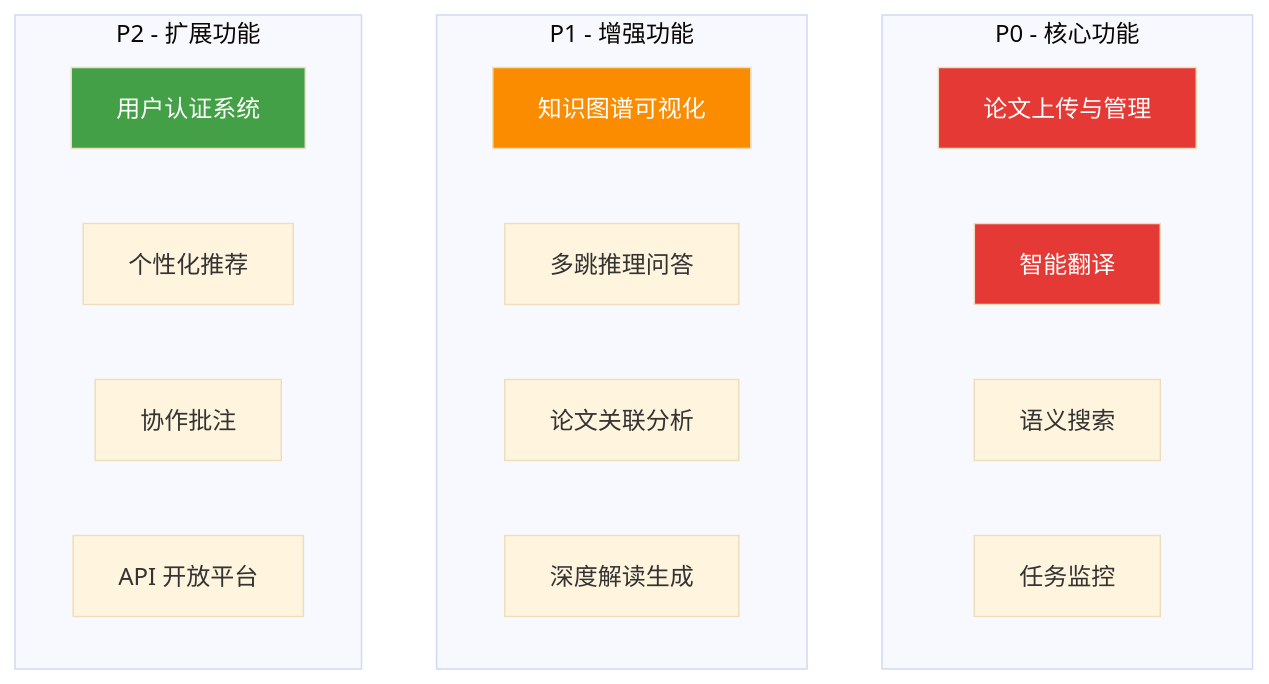
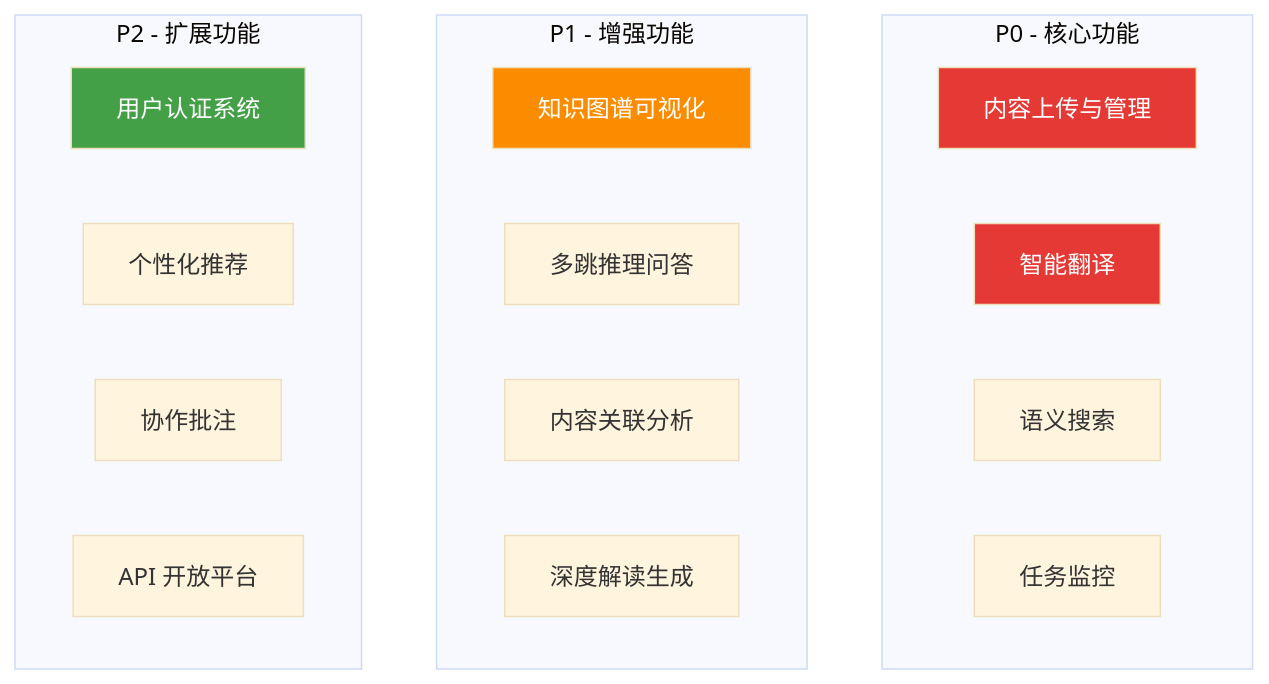
One commit to ThreeFish-AI/agentic-ai-cognizes changed the third of 14 diagrams in docs/000-prd-architecture.md. Above: the diagram before and after it, drawn with Mermaid (base theme). The commit also changed other lines of this file and 1 other file, not shown here.

First line of the commit message:
docs(Architecture): 统一文档路径引用，优化术语一致性;

````diff
--- a/docs/000-prd-architecture.md
+++ b/docs/000-prd-architecture.md
@@ -146,28 +146,28 @@
 ```mermaid
 graph TB
     subgraph "P0 - 核心功能"
-        A1[论文上传与管理]
+        A1[内容上传与管理]
         A2[智能翻译]
         A3[语义搜索]
         A4[任务监控]
     end
 
     subgraph "P1 - 增强功能"
         B1[知识图谱可视化]
         B2[多跳推理问答]
-        B3[论文关联分析]
+        B3[内容关联分析]
         B4[深度解读生成]
     end
 
     subgraph "P2 - 扩展功能"
         C1[用户认证系统]
         C2[个性化推荐]
         C3[协作批注]
         C4[API 开放平台]
     end
 
     style A1 fill:#e53935,color:#fff
     style A2 fill:#e53935,color:#fff
     style B1 fill:#fb8c00,color:#fff
     style C1 fill:#43a047,color:#fff
 ```
````
